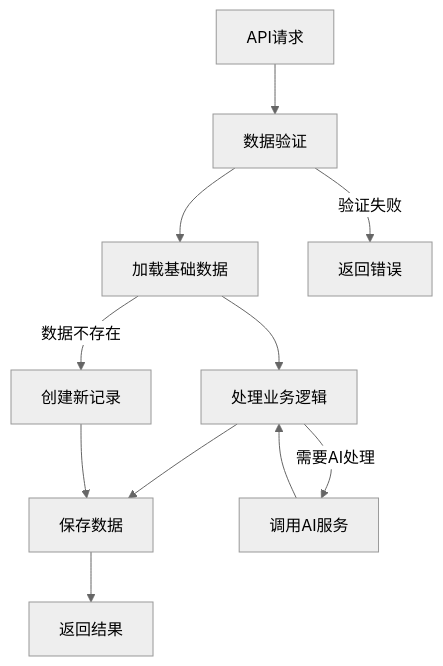
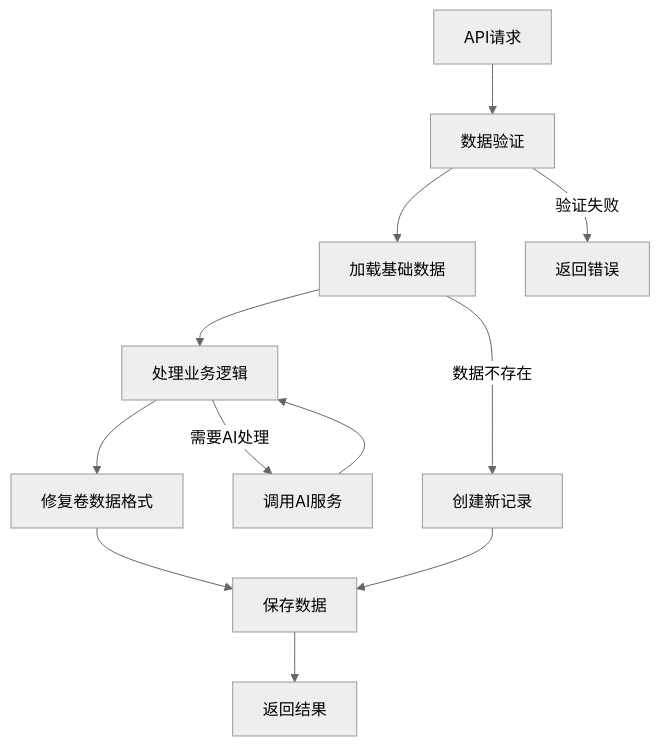
One commit to xfbyxq/ai-novel-system changed the sixth of 9 diagrams in .qoder/repowiki/zh/content/Chapter Decomposition Tab.md. Above: the diagram before and after it, drawn with Mermaid (neutral theme). The commit also changed other lines of this file and 11 other files, not shown here.

````diff
--- a/.qoder/repowiki/zh/content/Chapter Decomposition Tab.md
+++ b/.qoder/repowiki/zh/content/Chapter Decomposition Tab.md
@@ -303,13 +334,14 @@
 ```mermaid
 flowchart TD
 Request[API请求] --> Validate[数据验证]
 Validate --> LoadData[加载基础数据]
 LoadData --> ProcessData[处理业务逻辑]
-ProcessData --> SaveData[保存数据]
+ProcessData --> FixVolumes[修复卷数据格式]
+FixVolumes --> SaveData[保存数据]
 SaveData --> Return[返回结果]
 Validate --> |验证失败| Error[返回错误]
 LoadData --> |数据不存在| Create[创建新记录]
 ProcessData --> |需要AI处理| AIProcess[调用AI服务]
 AIProcess --> ProcessData
 Create --> SaveData
 ```
````
